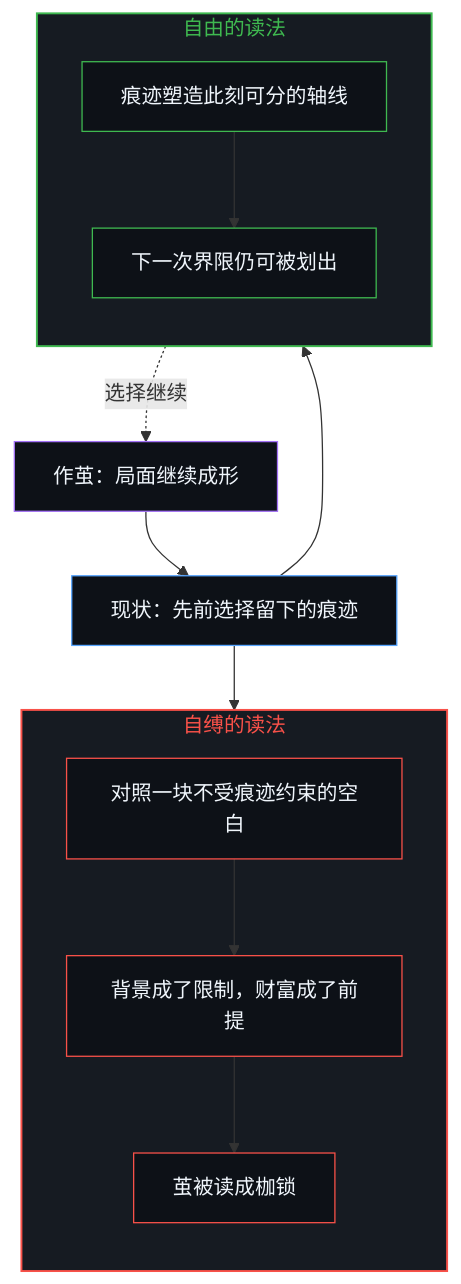
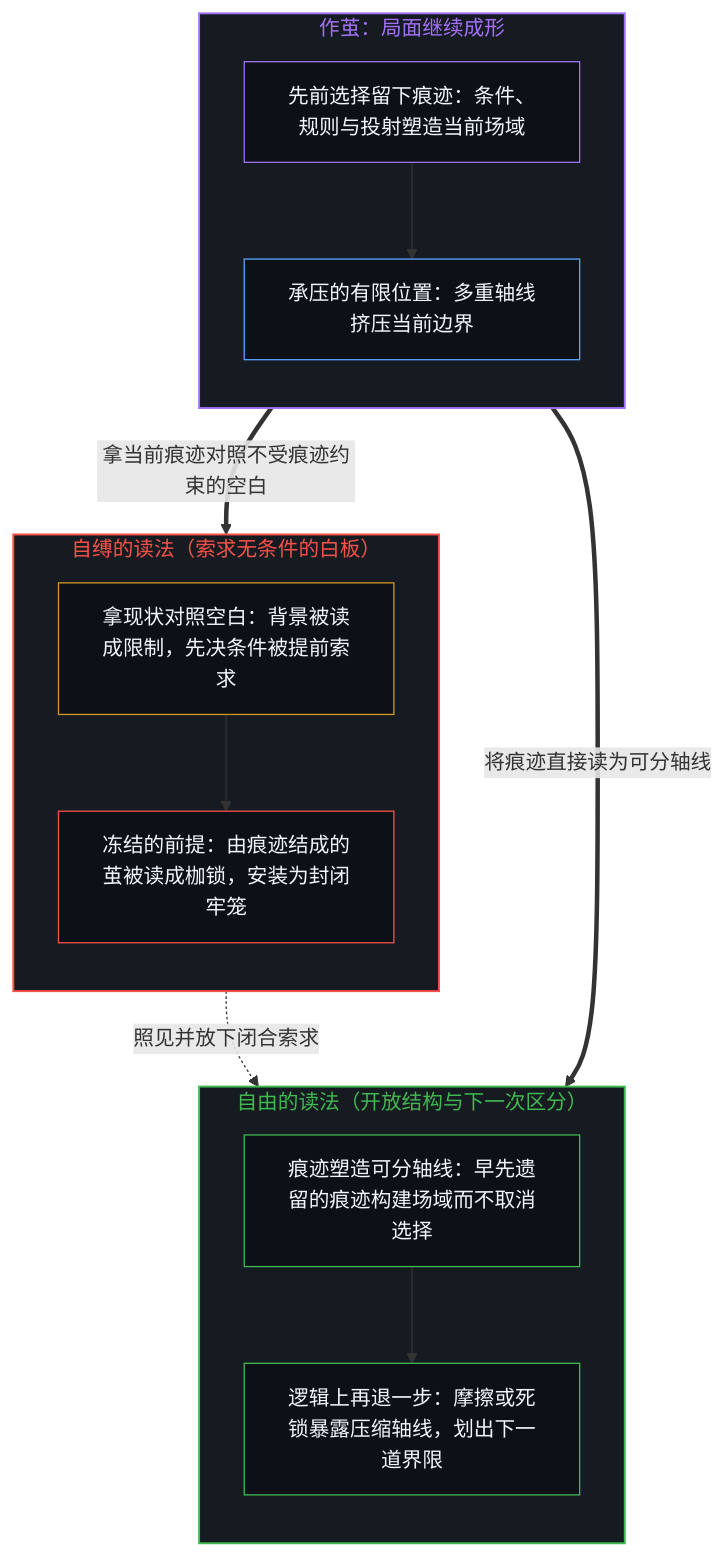
Before and after one commit to powerpig99/not-a-toe: the first of 2 diagrams in content/posts/zuo-jian-bu-shi-zi-fu.md, drawn with Mermaid. The commit also changed other lines of this file and 1 other file, not shown here.

````diff
--- a/content/posts/zuo-jian-bu-shi-zi-fu.md
+++ b/content/posts/zuo-jian-bu-shi-zi-fu.md
@@ -25,29 +29,37 @@
 ```mermaid
 flowchart TD
-    C["作茧：局面继续成形"]
-    T["现状：先前选择留下的痕迹"]
-    subgraph S_Free["自由的读法"]
+    subgraph S_Form["作茧：局面继续成形"]
         direction TB
-        F1["痕迹塑造此刻可分的轴线"]
-        F2["下一次界限仍可被划出"]
+        C["先前选择留下痕迹：条件、规则与投射塑造当前场域"]
+        T["承压的有限位置：多重轴线挤压当前边界"]
+        C --> T
     end
-    subgraph S_Chain["自缚的读法"]
+
+    subgraph S_Chain["自缚的读法（索求无条件的白板）"]
         direction TB
-        B1["对照一块不受痕迹约束的空白"]
-        B2["背景成了限制，财富成了前提"]
-        B3["茧被读成枷锁"]
+        B1["拿现状对照空白：背景被读成限制，先决条件被提前索求"]
+        B2["冻结的前提：由痕迹结成的茧被读成枷锁，安装为封闭牢笼"]
+        B1 --> B2
     end
-    C --> T
-    T --> F1 --> F2
-    T --> B1 --> B2 --> B3
-    F2 -.->|"选择继续"| C
+
+    subgraph S_Free["自由的读法（开放结构与下一次区分）"]
+        direction TB
+        F1["痕迹塑造可分轴线：早先遗留的痕迹构建场域而不取消选择"]
+        F2["逻辑上再退一步：摩擦或死锁暴露压缩轴线，划出下一道界限"]
+        F1 --> F2
+    end
+
+    T ==>|"将痕迹直接读为可分轴线"| F1
+    T ==>|"拿当前痕迹对照不受痕迹约束的空白"| B1
+    B2 -.->|"照见并放下闭合索求"| F1
+
+    style S_Form fill:#161b22,stroke:#a371f7,stroke-width:1.5px,color:#a371f7
+    style S_Chain fill:#161b22,stroke:#f85149,stroke-width:1.5px,color:#f85149
     style S_Free fill:#161b22,stroke:#3fb950,stroke-width:1.5px,color:#3fb950
-    style S_Chain fill:#161b22,stroke:#f85149,stroke-width:1.5px,color:#f85149
     style C fill:#0d1117,stroke:#a371f7,stroke-width:1px,color:#f0f6fc
     style T fill:#0d1117,stroke:#58a6ff,stroke-width:1px,color:#f0f6fc
+    style B1 fill:#0d1117,stroke:#d29922,stroke-width:1px,color:#f0f6fc
+    style B2 fill:#0d1117,stroke:#f85149,stroke-width:1px,color:#f0f6fc
     style F1 fill:#0d1117,stroke:#3fb950,stroke-width:1px,color:#f0f6fc
     style F2 fill:#0d1117,stroke:#3fb950,stroke-width:1px,color:#f0f6fc
-    style B1 fill:#0d1117,stroke:#f85149,stroke-width:1px,color:#f0f6fc
-    style B2 fill:#0d1117,stroke:#f85149,stroke-width:1px,color:#f0f6fc
-    style B3 fill:#0d1117,stroke:#f85149,stroke-width:1px,color:#f0f6fc
 ```
````
